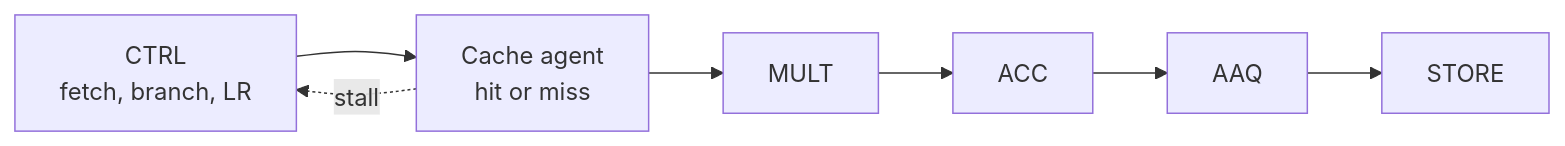
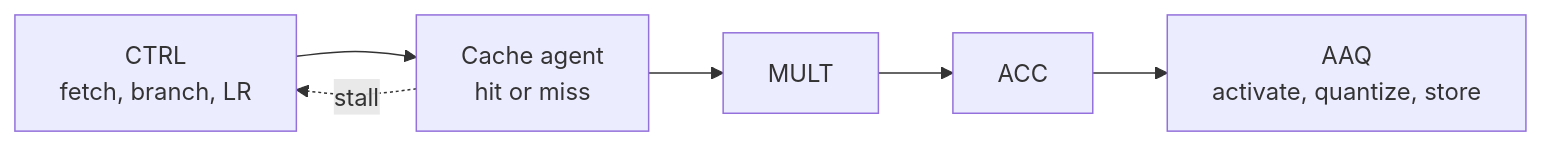
The second of 2 diagrams in docs/content/requirements/architecture.md (rechefe/ipu-emulator), drawn with Mermaid before and after one commit. The commit also changed other lines of this file and 16 other files, not shown here.

````diff
--- a/docs/content/requirements/architecture.md
+++ b/docs/content/requirements/architecture.md
@@ -94,6 +92,6 @@
 ```mermaid
 flowchart LR
     CTRL["CTRL<br/>fetch, branch, LR"] --> AGENT["Cache agent<br/>hit or miss"]
-    AGENT --> MULT["MULT"] --> ACC["ACC"] --> AAQ["AAQ"] --> STORE["STORE"]
+    AGENT --> MULT["MULT"] --> ACC["ACC"] --> AAQ["AAQ<br/>activate, quantize, store"]
     AGENT -.->|stall| CTRL
 ```
````
